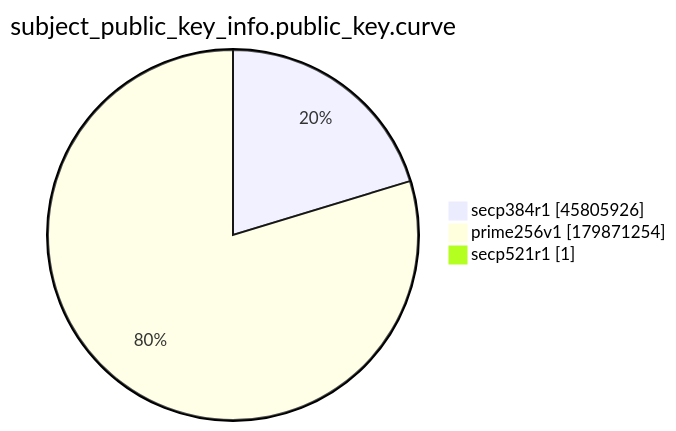
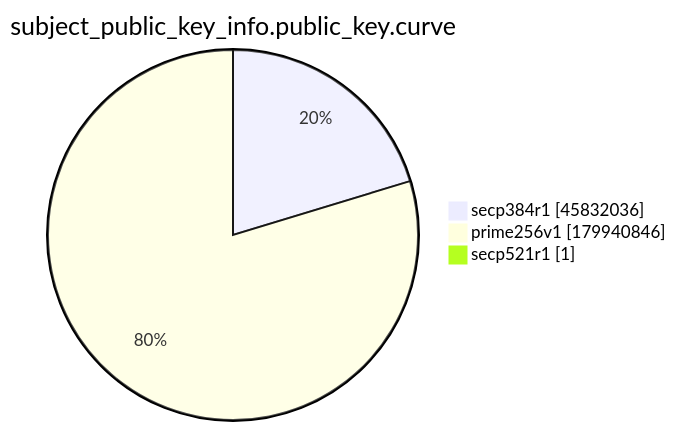
One commit to christiankrug/ctmonitor_visualization changed the ninth of 15 diagrams in xenon2022/README.md. Above: the diagram before and after it, drawn with Mermaid. The commit also changed other lines of this file, not shown here.

````diff
--- a/xenon2022/README.md
+++ b/xenon2022/README.md
@@ -2873,7 +2873,7 @@
 ```mermaid
 pie showData
 title subject_public_key_info.public_key.curve
-"secp384r1" :45805926
-"prime256v1" :179871254
+"secp384r1" :45832036
+"prime256v1" :179940846
 "secp521r1" :1
 ```
````
